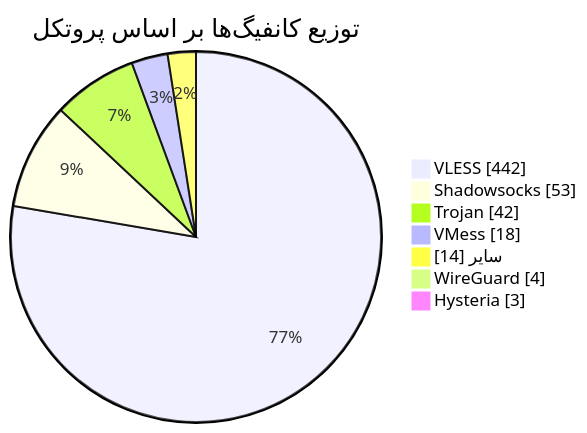
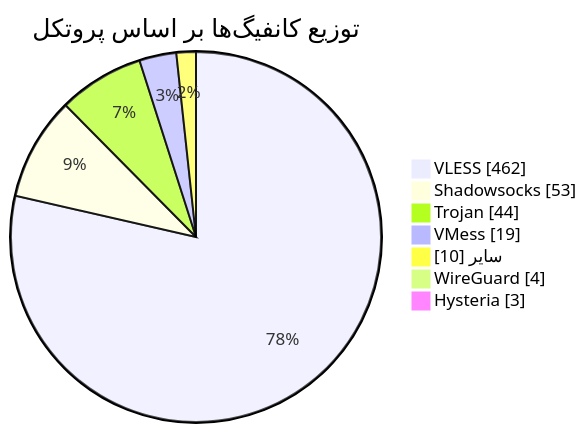
The diagram in README.md (Arian-Alijani/Somthing), drawn with Mermaid before and after one commit. The commit also changed other lines of this file and 19 other files, not shown here.

````diff
--- a/README.md
+++ b/README.md
@@ -49,11 +49,11 @@
 ```mermaid
 pie showData
     title توزیع کانفیگ‌ها بر اساس پروتکل
-    "VLESS" : 442
+    "VLESS" : 462
     "Shadowsocks" : 53
-    "Trojan" : 42
-    "VMess" : 18
-    "سایر" : 14
+    "Trojan" : 44
+    "VMess" : 19
+    "سایر" : 10
     "WireGuard" : 4
     "Hysteria" : 3
 ```
````
